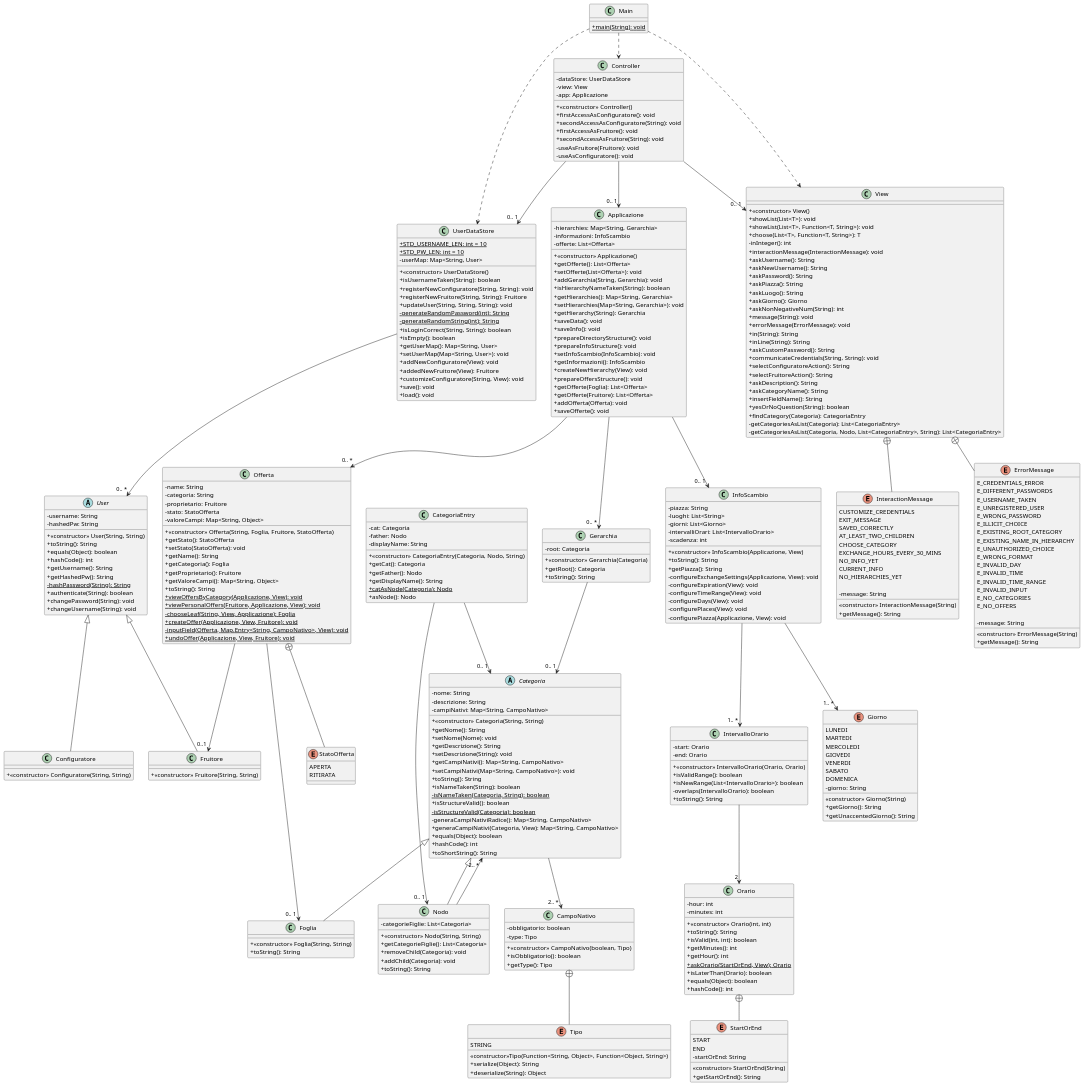
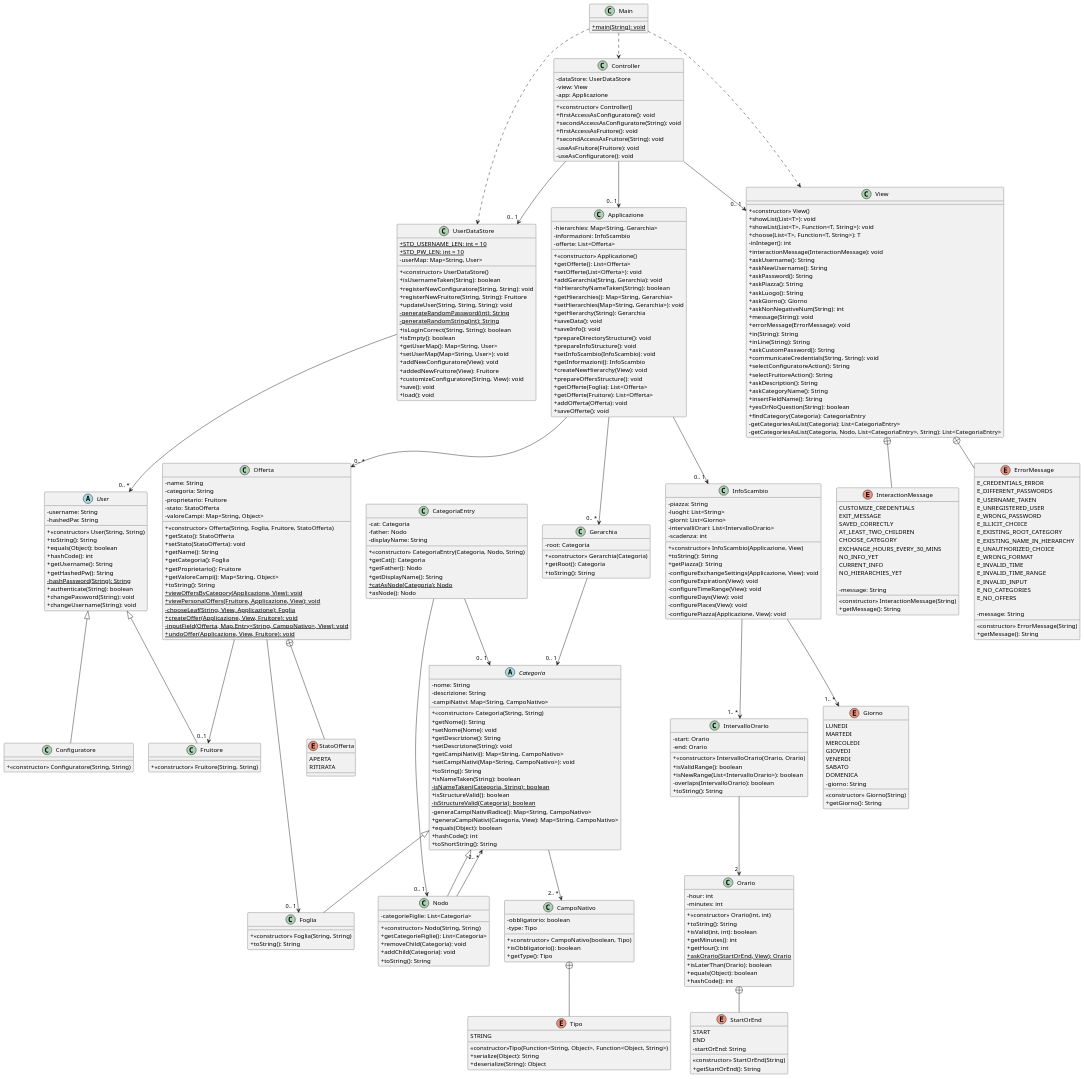
One commit to eletoo/inge_del_software changed the diagram in doc/uml/version3/puml/partial class diagram.puml. Above: the diagram before and after it, drawn with PlantUML. The commit also changed 72 other files, not shown here.

```diff
--- a/doc/uml/version3/puml/partial class diagram.puml
+++ b/doc/uml/version3/puml/partial class diagram.puml
@@ -83,7 +83,6 @@
 - giorno: String
 <<constructor>> Giorno(String)
 + getGiorno(): String
-+ getUnaccentedGiorno(): String
 }
 
 class InfoScambio{
@@ -253,7 +252,6 @@
 E_EXISTING_NAME_IN_HIERARCHY
 E_UNAUTHORIZED_CHOICE
 E_WRONG_FORMAT
-E_INVALID_DAY
 E_INVALID_TIME
 E_INVALID_TIME_RANGE
 E_INVALID_INPUT
```
